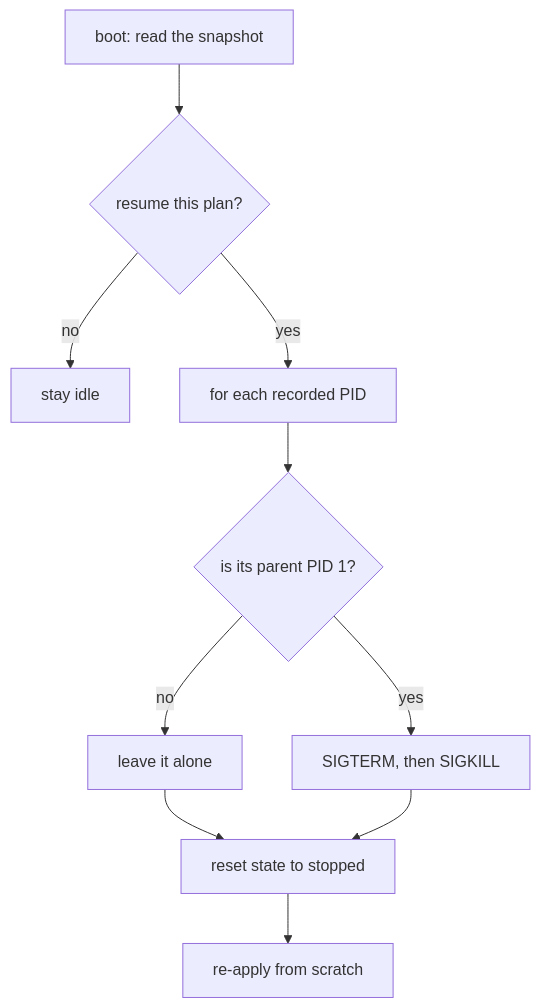
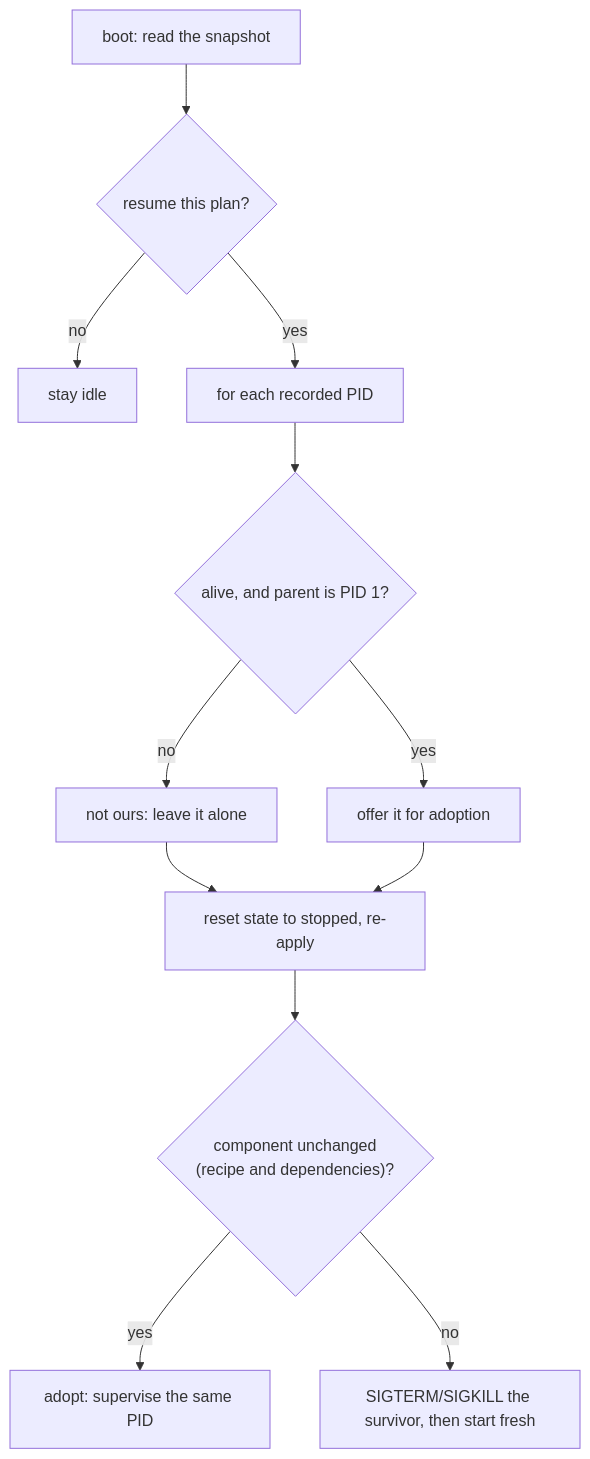
Before and after one commit to carlosprados/keystone: the diagram in site/content/internals/state-and-recovery.md, drawn with Mermaid. The commit also changed other lines of this file and 7 other files, not shown here.

First line of the commit message:
fix: re-adoption after a crash never matched, and reaping raced the fresh start (#79)

````diff
--- a/site/content/internals/state-and-recovery.md
+++ b/site/content/internals/state-and-recovery.md
@@ -50,12 +50,14 @@
 ```mermaid
 flowchart TB
     A["boot: read the snapshot"] --> B{"resume this plan?"}
     B -- "no" --> Z["stay idle"]
     B -- "yes" --> C["for each recorded PID"]
-    C --> D{"is its parent PID 1?"}
-    D -- "no" --> E["leave it alone"]
-    D -- "yes" --> F["SIGTERM, then SIGKILL"]
-    E --> G["reset state to stopped"]
+    C --> D{"alive, and parent is PID 1?"}
+    D -- "no" --> E["not ours: leave it alone"]
+    D -- "yes" --> F["offer it for adoption"]
+    E --> G["reset state to stopped, re-apply"]
     F --> G
-    G --> H["re-apply from scratch"]
+    G --> H{"component unchanged<br/>(recipe and dependencies)?"}
+    H -- "yes" --> I["adopt: supervise the same PID"]
+    H -- "no" --> J["SIGTERM/SIGKILL the survivor, then start fresh"]
 ```
````
